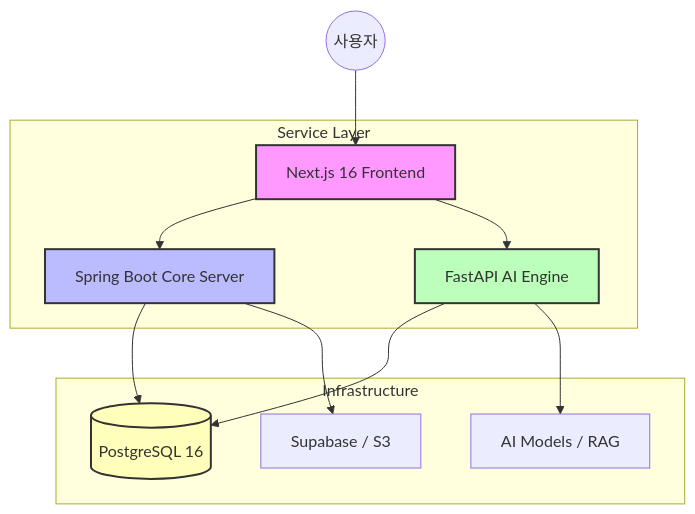
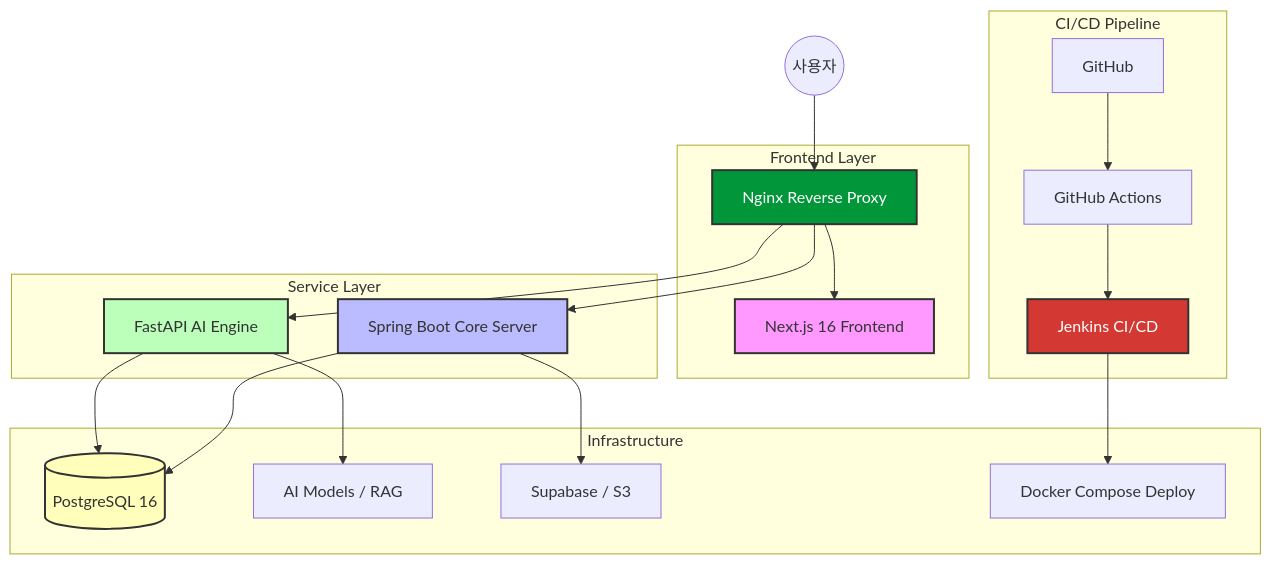
The diagram in README.md (human13th2team/nexus), drawn with Mermaid before and after one commit. The commit also changed other lines of this file, not shown here.

````diff
--- a/README.md
+++ b/README.md
@@ -67,21 +59,33 @@
 ```mermaid
 graph TD
-    User((사용자)) --> NextJS[Next.js 16 Frontend]
+    User((사용자)) --> Nginx[Nginx Reverse Proxy]
+    
+    subgraph "CI/CD Pipeline"
+        GitHub[GitHub] --> GHA[GitHub Actions]
+        GHA --> Jenkins[Jenkins CI/CD]
+    end
+
+    subgraph "Frontend Layer"
+        Nginx --> NextJS[Next.js 16 Frontend]
+    end
     
     subgraph "Service Layer"
-        NextJS --> SpringBoot[Spring Boot Core Server]
-        NextJS --> FastAPI[FastAPI AI Engine]
+        Nginx --> SpringBoot[Spring Boot Core Server]
+        Nginx --> FastAPI[FastAPI AI Engine]
     end
     
     subgraph "Infrastructure"
         SpringBoot --> DB[(PostgreSQL 16)]
         FastAPI --> DB
         FastAPI --> LLM[AI Models / RAG]
         SpringBoot --> Storage[Supabase / S3]
+        Jenkins --> Deploy[Docker Compose Deploy]
     end
 
+    style Nginx fill:#009639,stroke:#333,stroke-width:2px,color:#fff
     style NextJS fill:#f9f,stroke:#333,stroke-width:2px
     style SpringBoot fill:#bbf,stroke:#333,stroke-width:2px
     style FastAPI fill:#bfb,stroke:#333,stroke-width:2px
     style DB fill:#ffb,stroke:#333,stroke-width:2px
+    style Jenkins fill:#d33833,stroke:#333,stroke-width:2px,color:#fff
 ```
````
